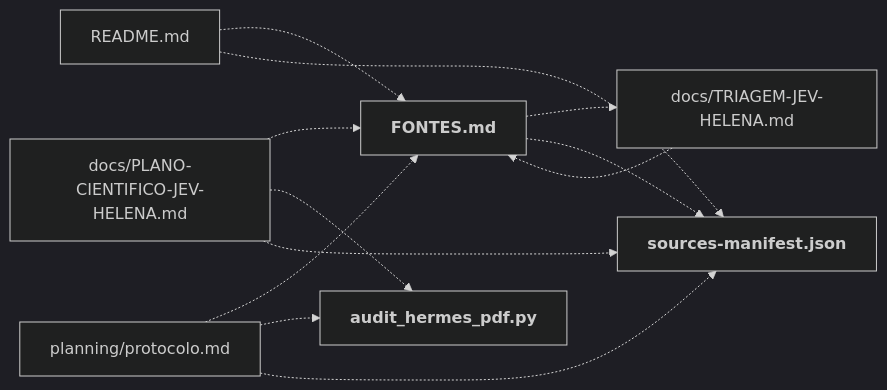
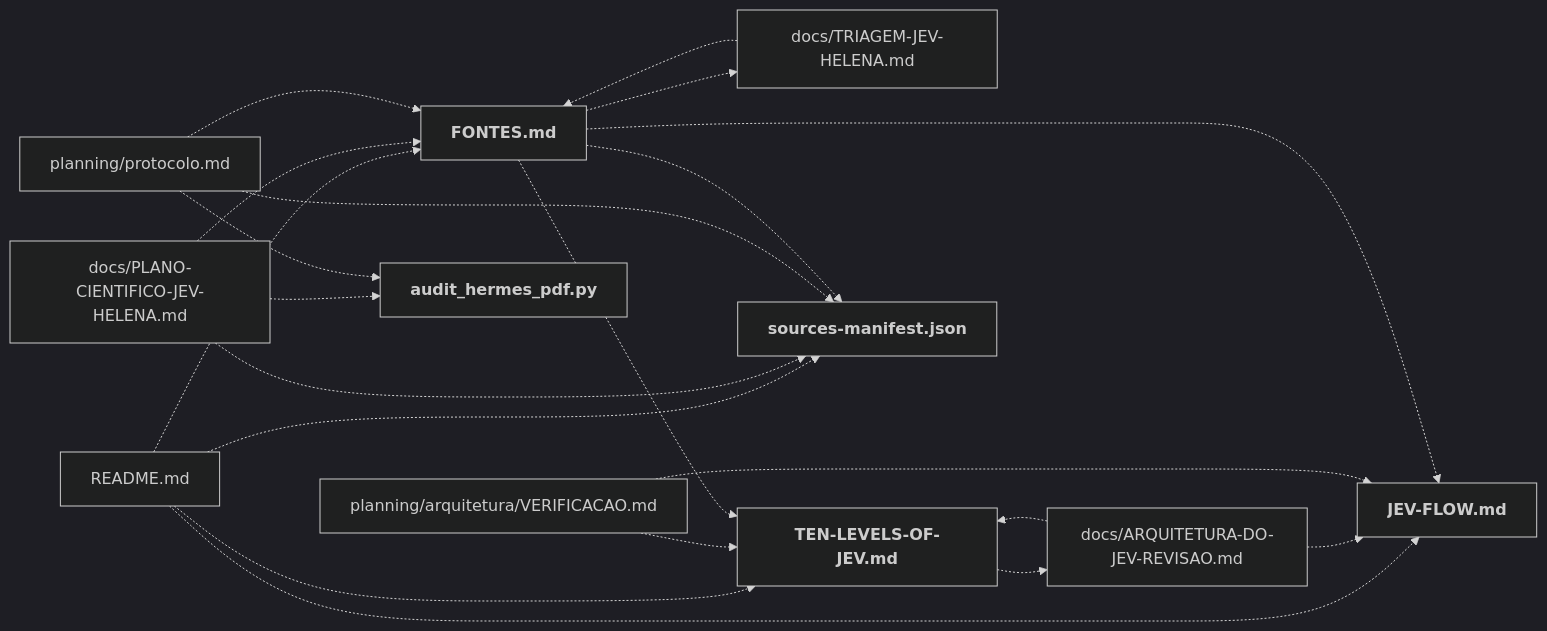
One commit to igormorais123/JEV changed the diagram in mapa/pastas/research.md. Above: the diagram before and after it, drawn with Mermaid (dark theme). The commit also changed other lines of this file and 109 other files, not shown here.

Commit message:
Integra material de arquitetura INTEIA, referências e ferramentas JEV

````diff
--- a/mapa/pastas/research.md
+++ b/mapa/pastas/research.md
@@ -27,21 +29,34 @@
 ```mermaid
 flowchart LR
   n_README_md["README.md"]
+  n_docs_ARQUITETURA_DO_JEV_REVISAO_md["docs/ARQUITETURA-DO-JEV-REVISAO.md"]
   n_docs_PLANO_CIENTIFICO_JEV_HELENA_md["docs/PLANO-CIENTIFICO-JEV-HELENA.md"]
   n_docs_TRIAGEM_JEV_HELENA_md["docs/TRIAGEM-JEV-HELENA.md"]
+  n_planning_arquitetura_VERIFICACAO_md["planning/arquitetura/VERIFICACAO.md"]
   n_planning_protocolo_md["planning/protocolo.md"]
   n_research_FONTES_md["<b>FONTES.md</b>"]
+  n_research_JEV_FLOW_md["<b>JEV-FLOW.md</b>"]
+  n_research_TEN_LEVELS_OF_JEV_md["<b>TEN-LEVELS-OF-JEV.md</b>"]
   n_research_audit_hermes_pdf_py["<b>audit_hermes_pdf.py</b>"]
   n_research_sources_manifest_json["<b>sources-manifest.json</b>"]
   n_README_md -.-> n_research_FONTES_md
+  n_README_md -.-> n_research_JEV_FLOW_md
+  n_README_md -.-> n_research_TEN_LEVELS_OF_JEV_md
   n_README_md -.-> n_research_sources_manifest_json
+  n_docs_ARQUITETURA_DO_JEV_REVISAO_md -.-> n_research_JEV_FLOW_md
+  n_docs_ARQUITETURA_DO_JEV_REVISAO_md -.-> n_research_TEN_LEVELS_OF_JEV_md
   n_docs_PLANO_CIENTIFICO_JEV_HELENA_md -.-> n_research_FONTES_md
   n_docs_PLANO_CIENTIFICO_JEV_HELENA_md -.-> n_research_audit_hermes_pdf_py
   n_docs_PLANO_CIENTIFICO_JEV_HELENA_md -.-> n_research_sources_manifest_json
   n_docs_TRIAGEM_JEV_HELENA_md -.-> n_research_FONTES_md
+  n_planning_arquitetura_VERIFICACAO_md -.-> n_research_JEV_FLOW_md
+  n_planning_arquitetura_VERIFICACAO_md -.-> n_research_TEN_LEVELS_OF_JEV_md
   n_planning_protocolo_md -.-> n_research_FONTES_md
   n_planning_protocolo_md -.-> n_research_audit_hermes_pdf_py
   n_planning_protocolo_md -.-> n_research_sources_manifest_json
   n_research_FONTES_md -.-> n_docs_TRIAGEM_JEV_HELENA_md
+  n_research_FONTES_md -.-> n_research_JEV_FLOW_md
+  n_research_FONTES_md -.-> n_research_TEN_LEVELS_OF_JEV_md
   n_research_FONTES_md -.-> n_research_sources_manifest_json
+  n_research_TEN_LEVELS_OF_JEV_md -.-> n_docs_ARQUITETURA_DO_JEV_REVISAO_md
 ```
````
